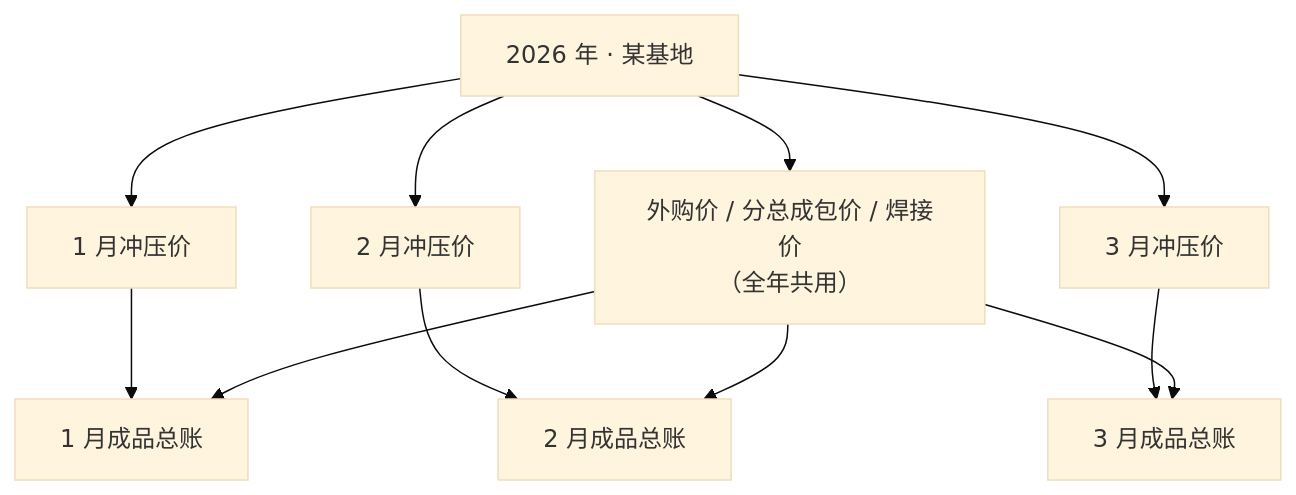
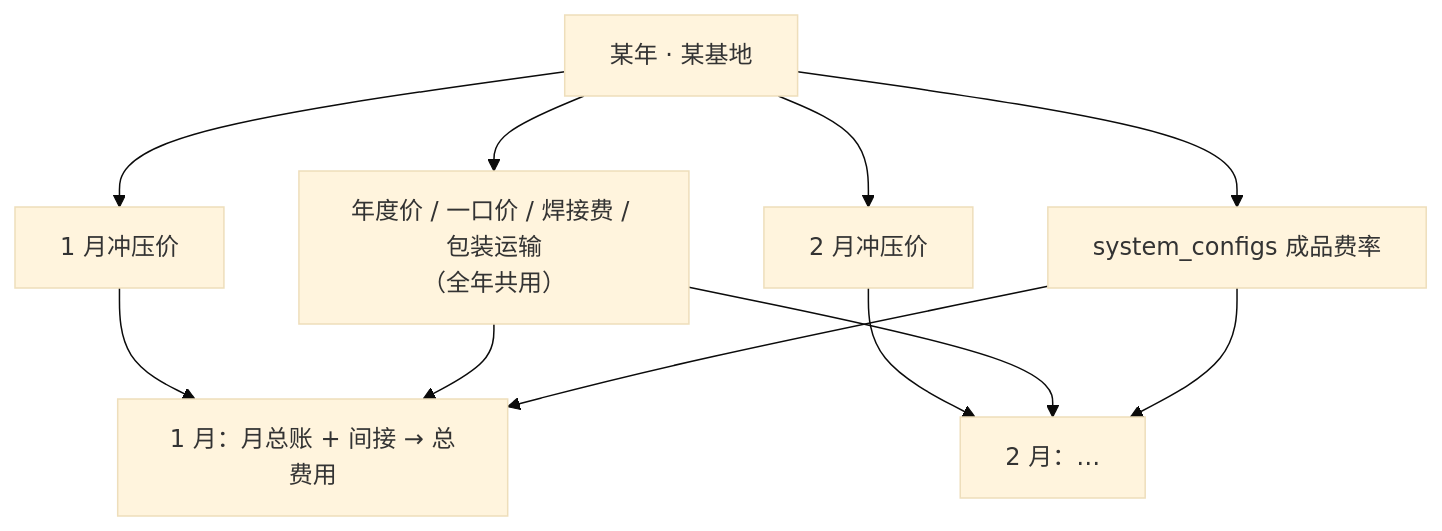
Before and after one commit to pulinzhang/structure-costing-platform: the third of 7 diagrams in docs/l0-assembly-costing-design.md, drawn with Mermaid (base theme). The commit also changed other lines of this file and 34 other files, not shown here.

````diff
--- a/docs/l0-assembly-costing-design.md
+++ b/docs/l0-assembly-costing-design.md
@@ -116,11 +184,12 @@
 ```mermaid
 flowchart TB
-    Y["2026 年 · 某基地"]
-    Y --> AP["外购价 / 分总成包价 / 焊接价\n（全年共用）"]
-    Y --> M1["1 月冲压价"] --> R1["1 月成品总账"]
-    Y --> M2["2 月冲压价"] --> R2["2 月成品总账"]
-    Y --> M3["3 月冲压价"] --> R3["3 月成品总账"]
+    Y["某年 · 某基地"]
+    Y --> AP["年度价 / 一口价 / 焊接费 / 包装运输\n（全年共用）"]
+    Y --> CFG["system_configs 成品费率"]
+    Y --> M1["1 月冲压价"] --> R1["1 月：月总账 + 间接 → 总费用"]
+    Y --> M2["2 月冲压价"] --> R2["2 月：…"]
     AP --> R1
     AP --> R2
-    AP --> R3
+    CFG --> R1
+    CFG --> R2
 ```
````
